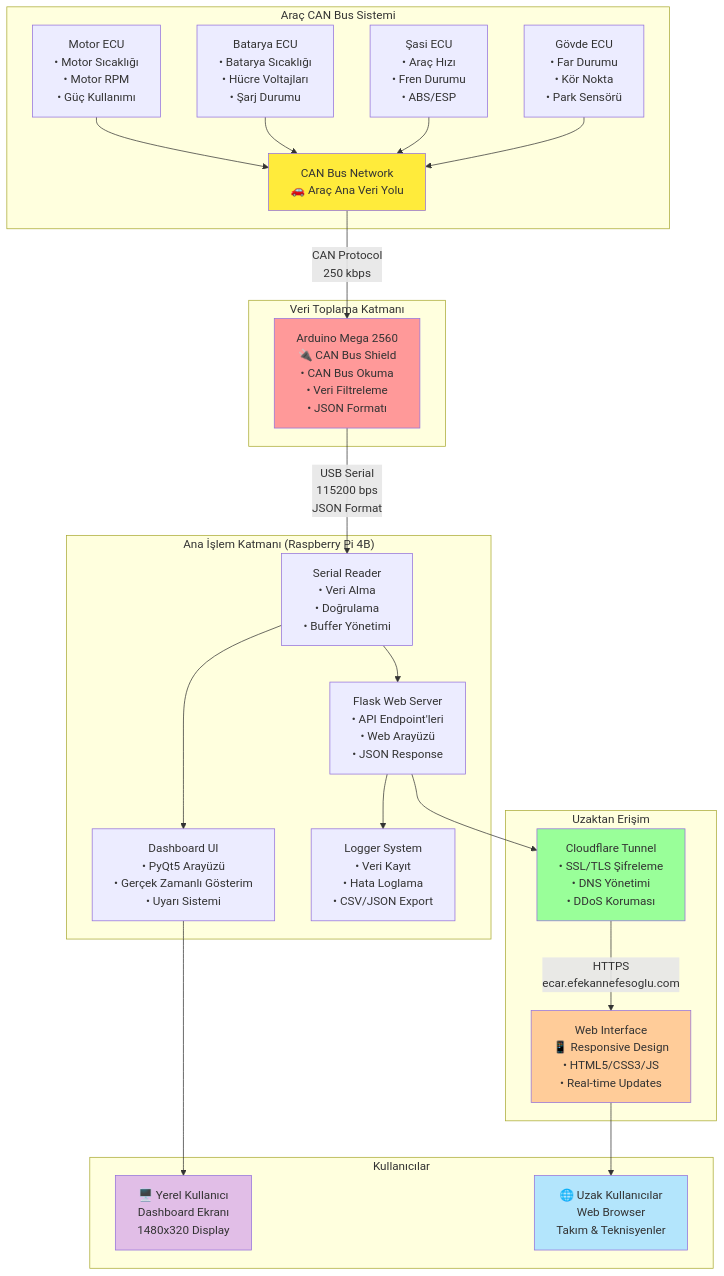
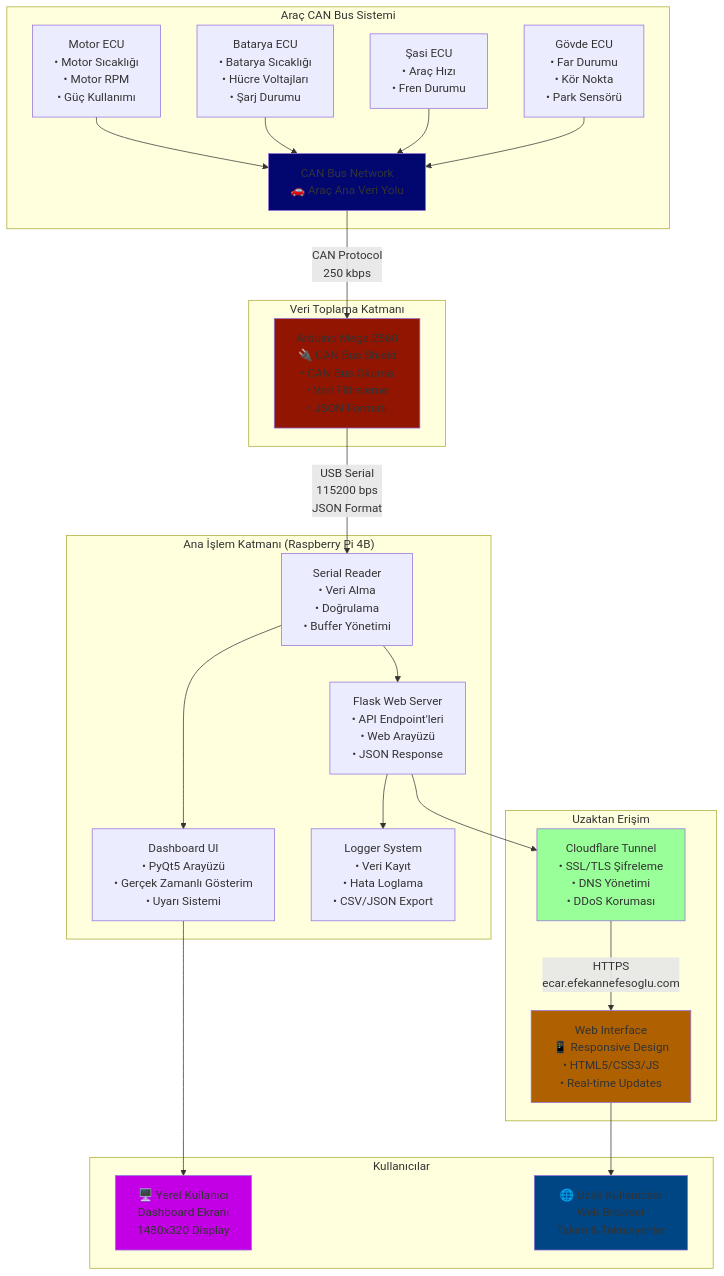
One commit to efekannn5/TelemetryBiltekBaru changed the diagram in README.md. Above: the diagram before and after it, drawn with Mermaid.

````diff
--- a/README.md
+++ b/README.md
@@ -45,53 +45,53 @@
 ```mermaid
 graph TB
     subgraph "Araç CAN Bus Sistemi"
         CAN["CAN Bus Network<br/>🚗 Araç Ana Veri Yolu"]
         ECU1["Motor ECU<br/>• Motor Sıcaklığı<br/>• Motor RPM<br/>• Güç Kullanımı"]
         ECU2["Batarya ECU<br/>• Batarya Sıcaklığı<br/>• Hücre Voltajları<br/>• Şarj Durumu"]
-        ECU3["Şasi ECU<br/>• Araç Hızı<br/>• Fren Durumu<br/>• ABS/ESP"]
+        ECU3["Şasi ECU<br/>• Araç Hızı<br/>• Fren Durumu"]
         ECU4["Gövde ECU<br/>• Far Durumu<br/>• Kör Nokta<br/>• Park Sensörü"]
         
         ECU1 --> CAN
         ECU2 --> CAN
         ECU3 --> CAN
         ECU4 --> CAN
     end
     
     subgraph "Veri Toplama Katmanı"
         ARDUINO["Arduino Mega 2560<br/>🔌 CAN Bus Shield<br/>• CAN Bus Okuma<br/>• Veri Filtreleme<br/>• JSON Formatı"]
     end
     
     subgraph "Ana İşlem Katmanı (Raspberry Pi 4B)"
         SERIAL["Serial Reader<br/>• Veri Alma<br/>• Doğrulama<br/>• Buffer Yönetimi"]
         DASHBOARD["Dashboard UI<br/>• PyQt5 Arayüzü<br/>• Gerçek Zamanlı Gösterim<br/>• Uyarı Sistemi"]
         FLASK["Flask Web Server<br/>• API Endpoint'leri<br/>• Web Arayüzü<br/>• JSON Response"]
         LOGGER["Logger System<br/>• Veri Kayıt<br/>• Hata Loglama<br/>• CSV/JSON Export"]
     end
     
     subgraph "Uzaktan Erişim"
         CLOUDFLARE["Cloudflare Tunnel<br/>• SSL/TLS Şifreleme<br/>• DNS Yönetimi<br/>• DDoS Koruması"]
         WEB["Web Interface<br/>📱 Responsive Design<br/>• HTML5/CSS3/JS<br/>• Real-time Updates"]
     end
     
     subgraph "Kullanıcılar"
         LOCAL["🖥️ Yerel Kullanıcı<br/>Dashboard Ekranı<br/>1480x320 Display"]
         REMOTE["🌐 Uzak Kullanıcılar<br/>Web Browser<br/>Takım & Teknisyenler"]
     end
     
     CAN -->|CAN Protocol<br/>250 kbps| ARDUINO
     ARDUINO -->|USB Serial<br/>115200 bps<br/>JSON Format| SERIAL
     SERIAL --> DASHBOARD
     SERIAL --> FLASK
     DASHBOARD --> LOCAL
     FLASK --> LOGGER
     FLASK --> CLOUDFLARE
     CLOUDFLARE -->|HTTPS<br/>ecar.efekannefesoglu.com| WEB
     WEB --> REMOTE
     
-    style ARDUINO fill:#ff9999
-    style CAN fill:#ffeb3b
+    style ARDUINO fill:#911500
+    style CAN fill:#020770
     style CLOUDFLARE fill:#99ff99
-    style WEB fill:#ffcc99
-    style LOCAL fill:#e1bee7
-    style REMOTE fill:#b3e5fc
+    style WEB fill:#af6000
+    style LOCAL fill:#c300e5
+    style REMOTE fill:#004684
 ```
````
